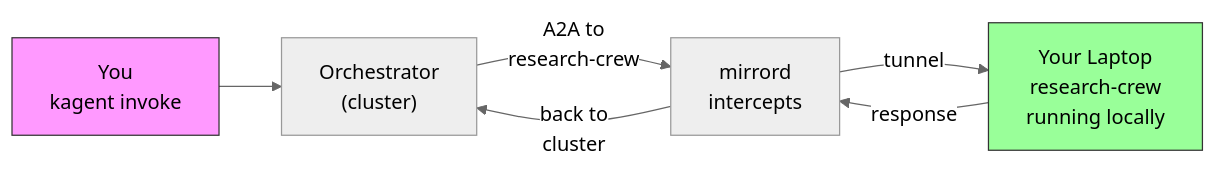
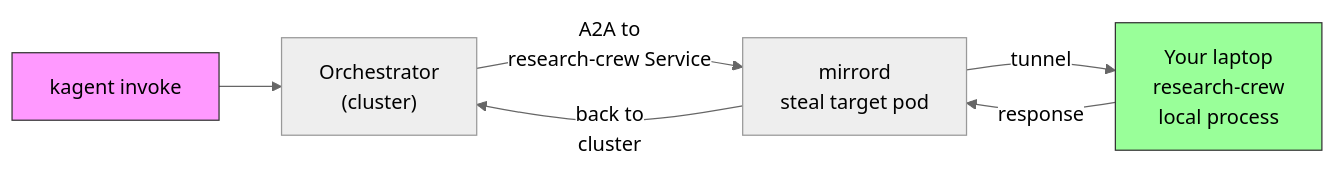
One commit to adnazujolakisic/kagent-mirrord changed the second of 2 diagrams in README.md. Above: the diagram before and after it, drawn with Mermaid (neutral theme). The commit also changed other lines of this file, not shown here.

````diff
--- a/README.md
+++ b/README.md
@@ -70,10 +60,10 @@
 ```mermaid
 graph LR
-    U["You<br/>kagent invoke"] --> O["Orchestrator<br/>(cluster)"]
-    O -->|"A2A to<br/>research-crew"| I["mirrord<br/>intercepts"]
-    I -->|tunnel| LP["Your Laptop<br/>research-crew<br/>running locally"]
+    U["kagent invoke"] --> O["Orchestrator<br/>(cluster)"]
+    O -->|"A2A to<br/>research-crew Service"| I["mirrord<br/>steal target pod"]
+    I -->|tunnel| LP["Your laptop<br/>research-crew<br/>local process"]
     LP -->|response| I
     I -->|back to<br/>cluster| O
     style U fill:#f9f,stroke:#333
     style LP fill:#9f9,stroke:#333
 ```
````
